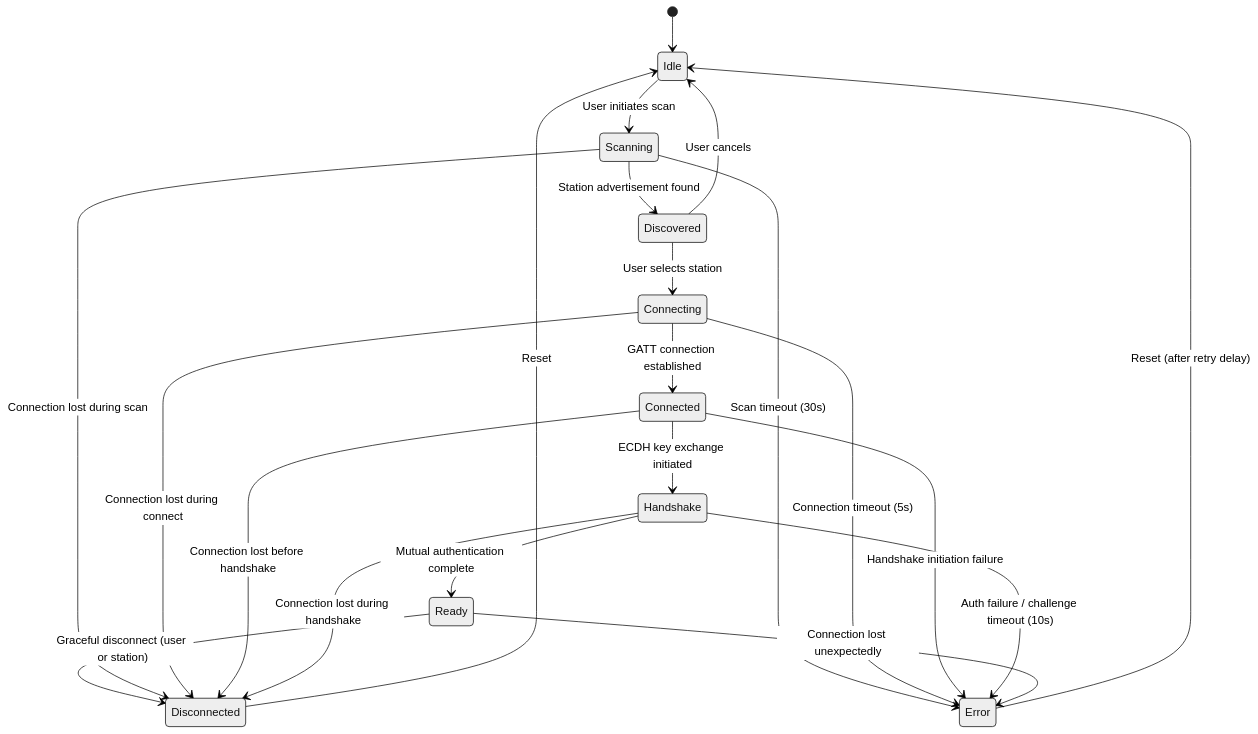
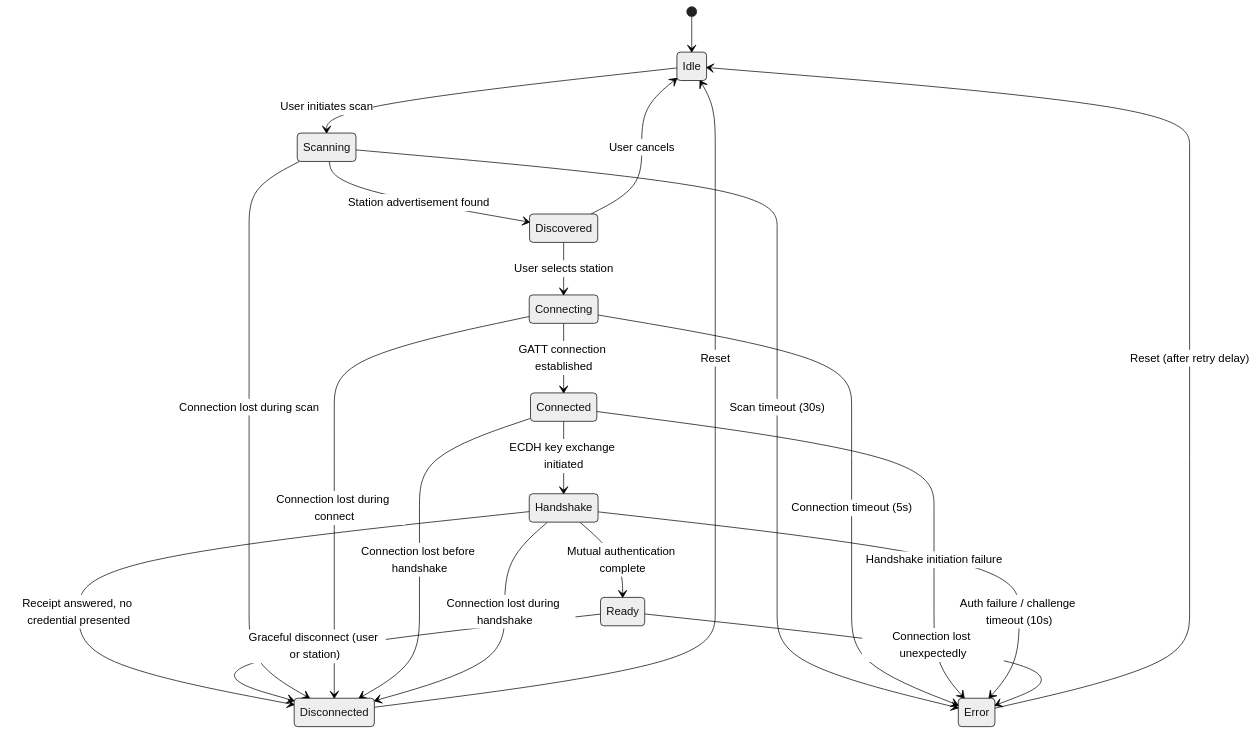
The fifth of 7 diagrams in spec/05-state-machines.md (ospp-org/spec), drawn with Mermaid (neutral theme) before and after one commit. The commit also changed other lines of this file and 45 other files, not shown here.

````diff
--- a/spec/05-state-machines.md
+++ b/spec/05-state-machines.md
@@ -632,32 +632,33 @@
 ```mermaid
 stateDiagram-v2
     [*] --> Idle
 
     Idle --> Scanning : User initiates scan
 
     Scanning --> Discovered : Station advertisement found
     Scanning --> Error : Scan timeout (30s)
 
     Discovered --> Connecting : User selects station
     Discovered --> Idle : User cancels
 
     Connecting --> Connected : GATT connection established
     Connecting --> Error : Connection timeout (5s)
 
     Connected --> Handshake : ECDH key exchange initiated
     Connected --> Error : Handshake initiation failure
 
     Handshake --> Ready : Mutual authentication complete
     Handshake --> Error : Auth failure / challenge timeout (10s)
+    Handshake --> Disconnected : Receipt answered, no credential presented
 
     Ready --> Disconnected : Graceful disconnect (user or station)
     Ready --> Error : Connection lost unexpectedly
 
     Error --> Idle : Reset (after retry delay)
     Disconnected --> Idle : Reset
 
     Scanning --> Disconnected : Connection lost during scan
     Connecting --> Disconnected : Connection lost during connect
     Connected --> Disconnected : Connection lost before handshake
     Handshake --> Disconnected : Connection lost during handshake
 ```
````
